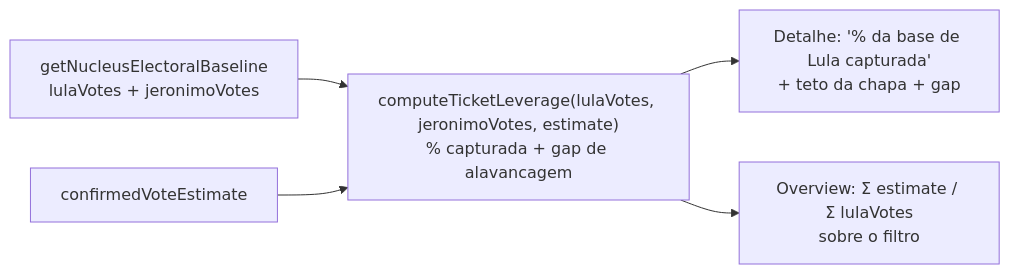
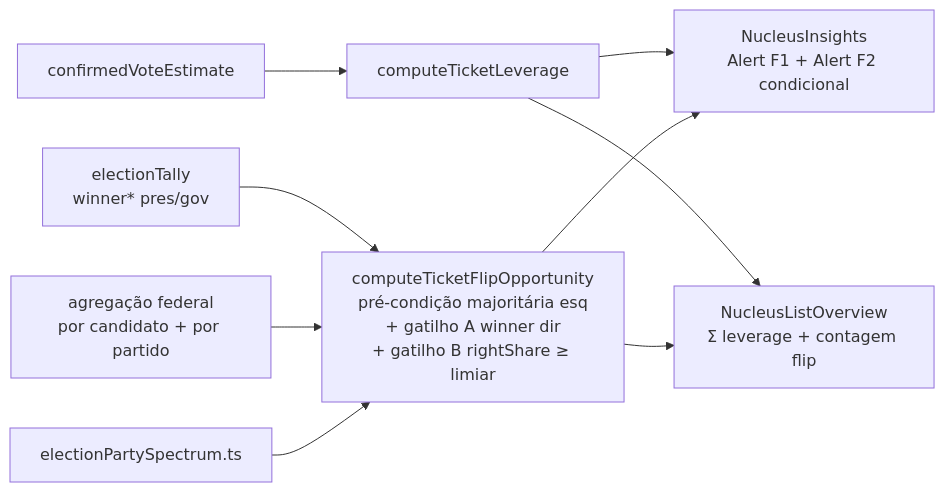
One commit to fsolla/teqo changed the diagram in docs/plans/insight-alavancagem-chapa.md. Above: the diagram before and after it, drawn with Mermaid. The commit also changed other lines of this file and 3 other files, not shown here.

First line of the commit message:
Expand A5 ticket leverage plan with flip-opportunity phase 2.

````diff
--- a/docs/plans/insight-alavancagem-chapa.md
+++ b/docs/plans/insight-alavancagem-chapa.md
@@ -36,12 +68,19 @@
 ```mermaid
 flowchart LR
-    Base["getNucleusElectoralBaseline<br/>lulaVotes + jeronimoVotes"]
+    Tally["electionTally<br/>winner* pres/gov"]
+    FedAgg["agregação federal<br/>por candidato + por partido"]
+    Spec["electionPartySpectrum.ts"]
     Est["confirmedVoteEstimate"]
-    Calc["computeTicketLeverage(lulaVotes, jeronimoVotes, estimate)<br/>% capturada + gap de alavancagem"]
-    Detail["Detalhe: '% da base de Lula capturada'<br/>+ teto da chapa + gap"]
-    Overview["Overview: Σ estimate / Σ lulaVotes<br/>sobre o filtro"]
-    Base --> Calc
-    Est --> Calc
-    Calc --> Detail
-    Calc --> Overview
+    F1["computeTicketLeverage"]
+    F2["computeTicketFlipOpportunity<br/>pré-condição majoritária esq<br/>+ gatilho A winner dir<br/>+ gatilho B rightShare ≥ limiar"]
+    UI["NucleusInsights<br/>Alert F1 + Alert F2 condicional"]
+    Overview["NucleusListOverview<br/>Σ leverage + contagem flip"]
+    Tally --> F2
+    FedAgg --> F2
+    Spec --> F2
+    Est --> F1
+    F1 --> UI
+    F2 --> UI
+    F1 --> Overview
+    F2 --> Overview
 ```
````
